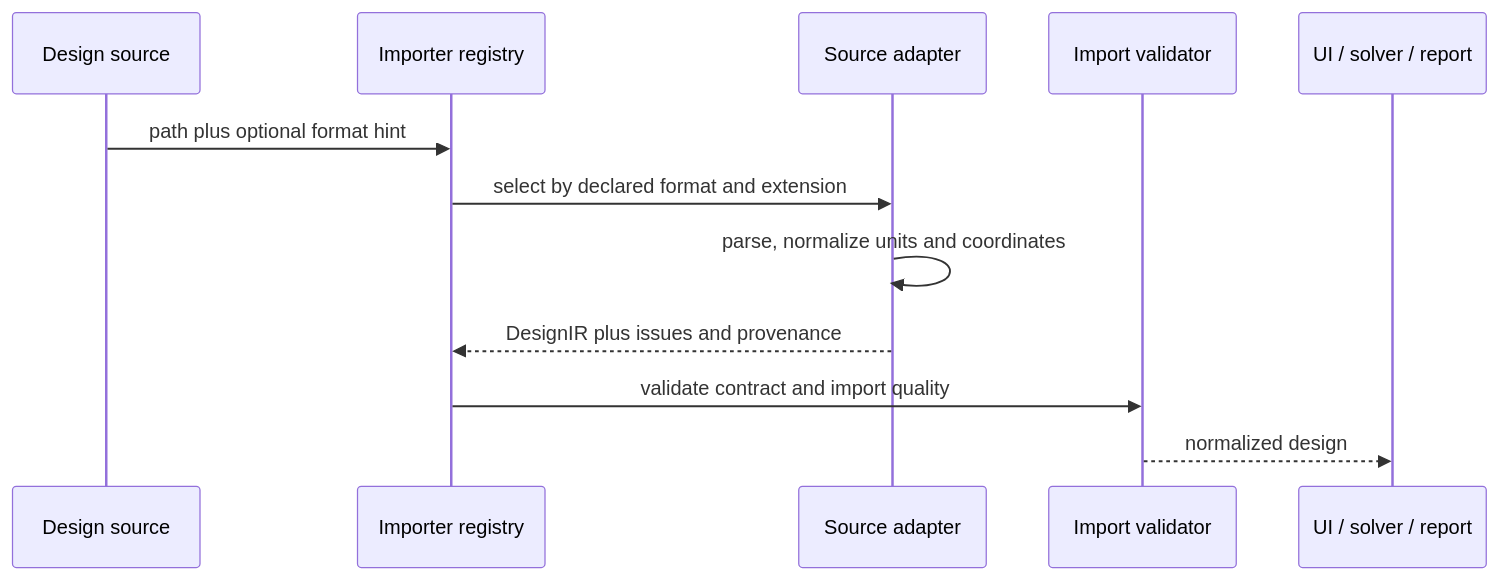
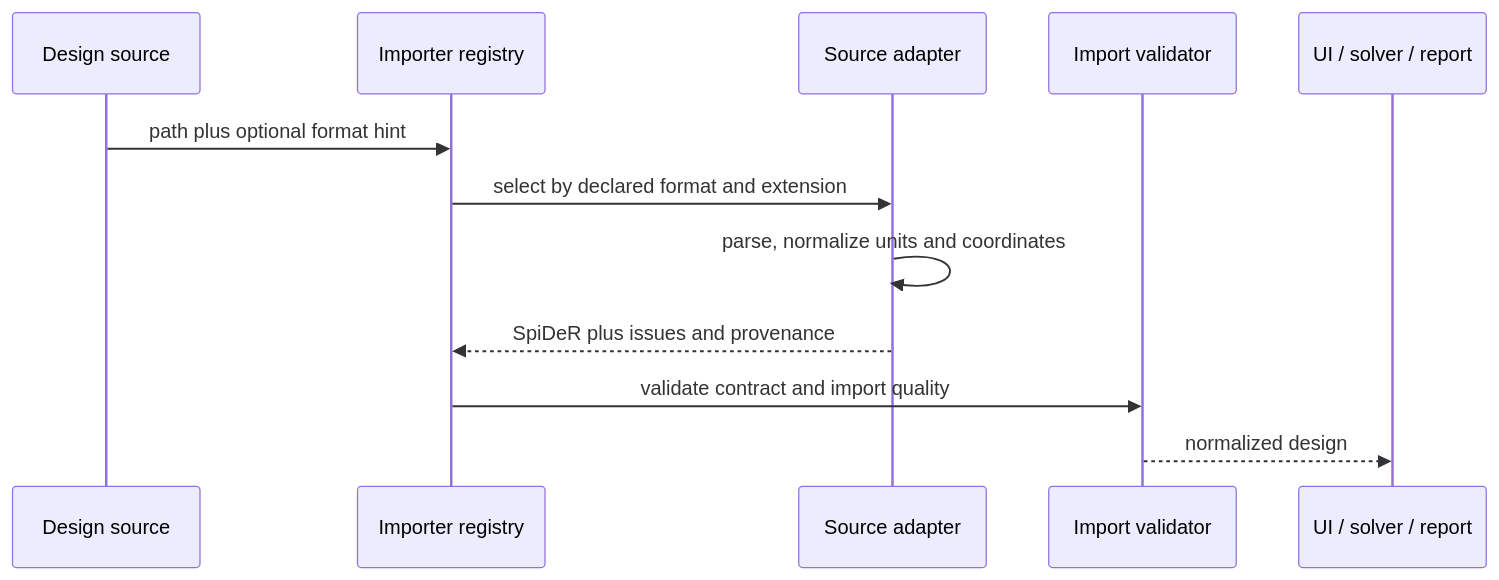
Before and after one commit to krishna-swaroop/SPIKE: the fourth of 4 diagrams in ARCHITECTURE.md, drawn with Mermaid. The commit also changed other lines of this file and 523 other files, not shown here.

````diff
--- a/ARCHITECTURE.md
+++ b/ARCHITECTURE.md
@@ -230,14 +230,14 @@
 ```mermaid
 sequenceDiagram
     participant Source as Design source
     participant Registry as Importer registry
     participant Adapter as Source adapter
     participant Validator as Import validator
     participant Consumer as UI / solver / report
     Source->>Registry: path plus optional format hint
     Registry->>Adapter: select by declared format and extension
     Adapter->>Adapter: parse, normalize units and coordinates
-    Adapter-->>Registry: DesignIR plus issues and provenance
+    Adapter-->>Registry: SpiDeR plus issues and provenance
     Registry->>Validator: validate contract and import quality
     Validator-->>Consumer: normalized design
 ```
````
